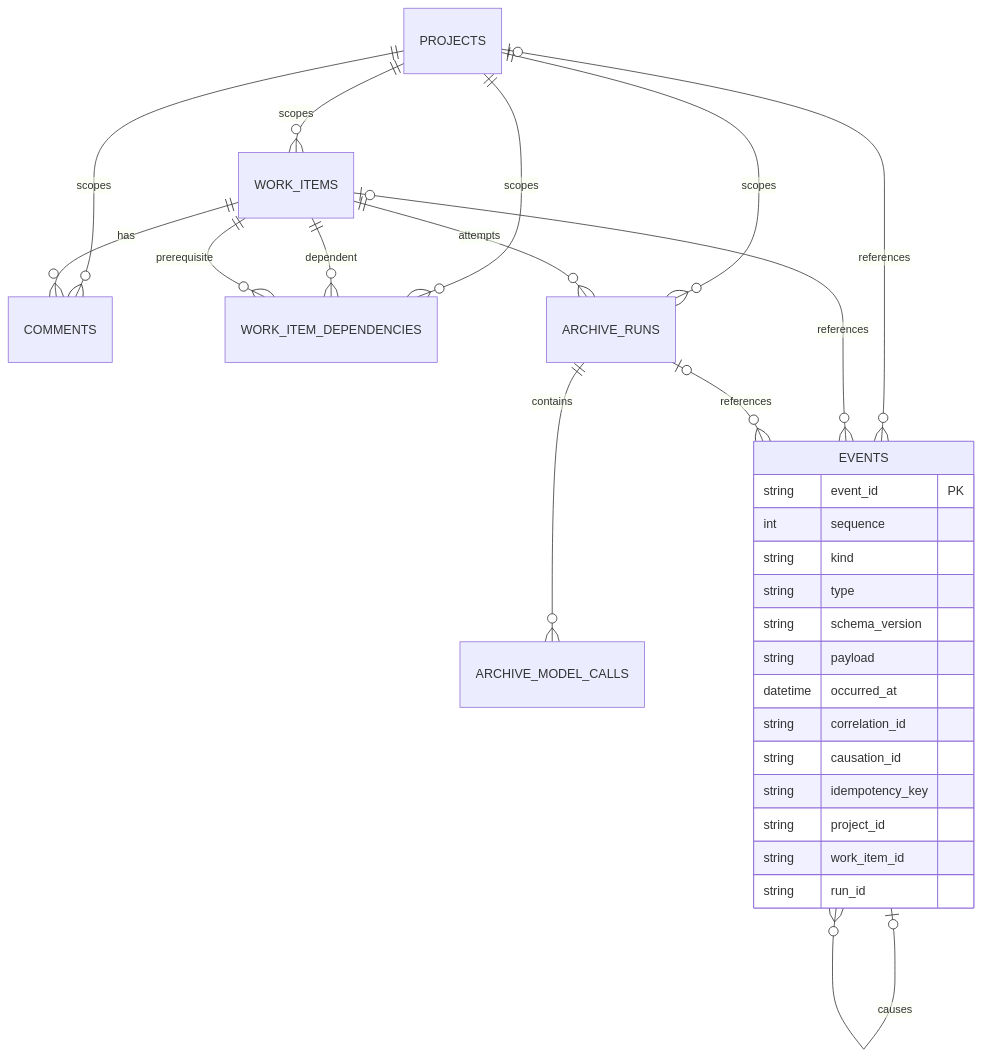
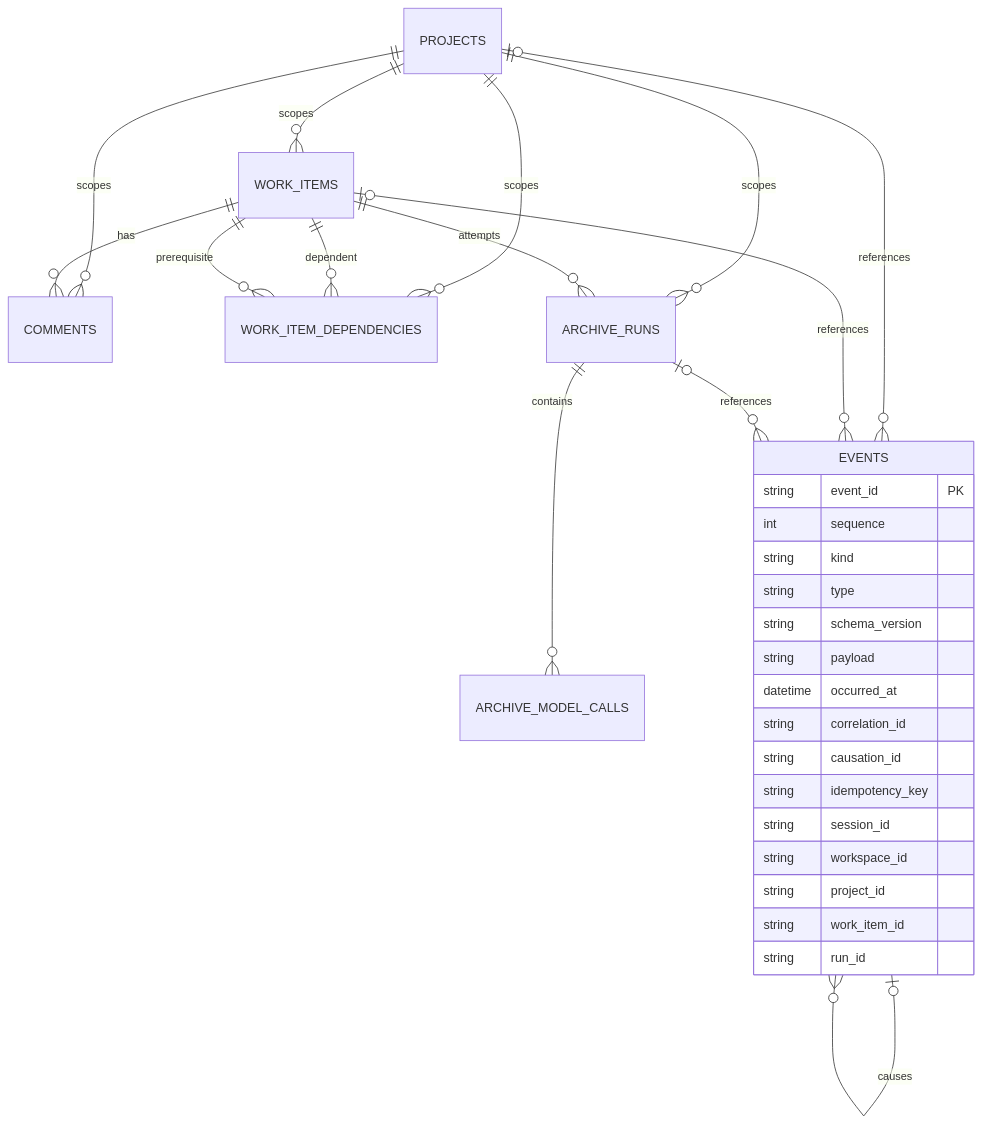
One commit to This-Is-NPC/omunculus changed the first of 2 diagrams in docs/to-be/data-model.md. Above: the diagram before and after it, drawn with Mermaid. The commit also changed other lines of this file and 7 other files, not shown here.

````diff
--- a/docs/to-be/data-model.md
+++ b/docs/to-be/data-model.md
@@ -36,31 +43,33 @@
 ```mermaid
 erDiagram
     PROJECTS ||--o{ WORK_ITEMS : scopes
     PROJECTS ||--o{ COMMENTS : scopes
     PROJECTS ||--o{ WORK_ITEM_DEPENDENCIES : scopes
     PROJECTS ||--o{ ARCHIVE_RUNS : scopes
     WORK_ITEMS ||--o{ COMMENTS : has
     WORK_ITEMS ||--o{ WORK_ITEM_DEPENDENCIES : dependent
     WORK_ITEMS ||--o{ WORK_ITEM_DEPENDENCIES : prerequisite
     WORK_ITEMS ||--o{ ARCHIVE_RUNS : attempts
     ARCHIVE_RUNS ||--o{ ARCHIVE_MODEL_CALLS : contains
     PROJECTS |o--o{ EVENTS : references
     WORK_ITEMS |o--o{ EVENTS : references
     ARCHIVE_RUNS |o--o{ EVENTS : references
     EVENTS o|--o{ EVENTS : causes
     EVENTS {
         string event_id PK
         int sequence
         string kind
         string type
         string schema_version
         string payload
         datetime occurred_at
         string correlation_id
         string causation_id
         string idempotency_key
+        string session_id
+        string workspace_id
         string project_id
         string work_item_id
         string run_id
     }
 ```
````
